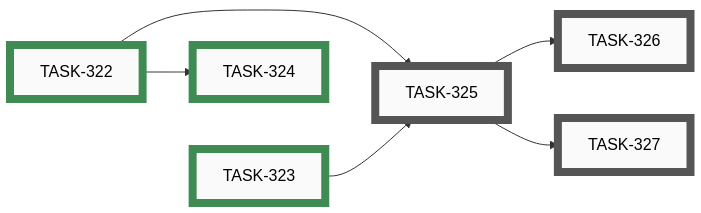
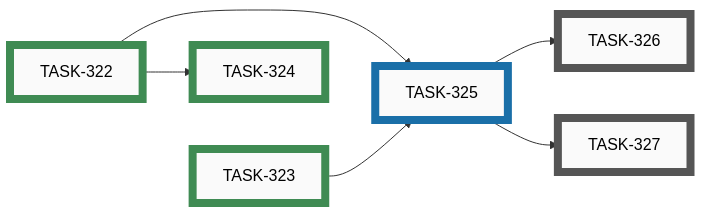
Before and after one commit to tgd1975/AwesomeStudioPedal: the seventh of 8 diagrams in docs/developers/tasks/EPICS.md, drawn with Mermaid. The commit also changed other lines of this file and 16 other files, not shown here.

First line of the commit message:
fix(ci): close TASK-321 — Mermaid lint, clang-tidy, and local-vs-CI gap

````diff
--- a/docs/developers/tasks/EPICS.md
+++ b/docs/developers/tasks/EPICS.md
@@ -243,29 +243,29 @@
 ```mermaid
 graph LR
-    TASK_325["TASK-325"]:::open
     TASK_326["TASK-326"]:::open
     TASK_327["TASK-327"]:::open
+    TASK_325["TASK-325"]:::active
     TASK_322["TASK-322"]:::closed
     TASK_323["TASK-323"]:::closed
     TASK_324["TASK-324"]:::closed
+    TASK_325 --> TASK_326
+    TASK_325 --> TASK_327
     TASK_322 --> TASK_325
     TASK_323 --> TASK_325
-    TASK_325 --> TASK_326
-    TASK_325 --> TASK_327
     TASK_322 --> TASK_324
     TASK_322 ~~~ TASK_323
-    click TASK_325 "open/task-325-implement-precommit-hook-enforcement.md"
     click TASK_326 "open/task-326-route-other-commit-skills-through-commit.md"
     click TASK_327 "open/task-327-decide-partial-hunk-policy.md"
+    click TASK_325 "active/task-325-implement-precommit-hook-enforcement.md"
     click TASK_322 "closed/task-322-decide-commit-provenance-and-bypass-mechanism.md"
     click TASK_323 "closed/task-323-convert-commit-skill-to-pathspec-form.md"
     click TASK_324 "closed/task-324-update-claudemd-and-add-commit-policy-page.md"
     classDef open    fill:#FAFAFA,stroke:#555,stroke-width:8px,color:#000
     classDef active  fill:#FAFAFA,stroke:#1A6FA8,stroke-width:8px,color:#000
     classDef closed  fill:#FAFAFA,stroke:#3F8B53,stroke-width:8px,color:#000
     classDef paused  fill:#FAFAFA,stroke:#B07810,stroke-width:8px,color:#000
     classDef openExt    fill:#000,stroke:#888,stroke-width:8px,color:#FFF
     classDef activeExt  fill:#000,stroke:#3FA9F5,stroke-width:8px,color:#FFF
     classDef closedExt  fill:#000,stroke:#7CC68A,stroke-width:8px,color:#FFF
     classDef pausedExt  fill:#000,stroke:#F0B030,stroke-width:8px,color:#FFF
 ```
````
